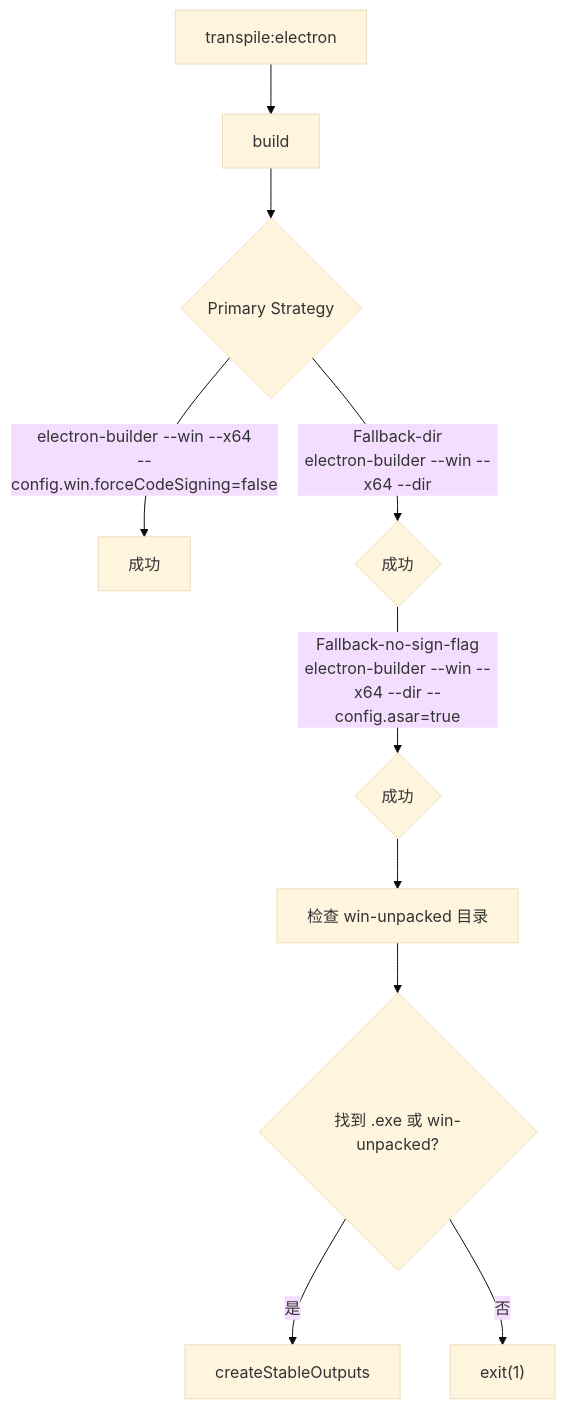
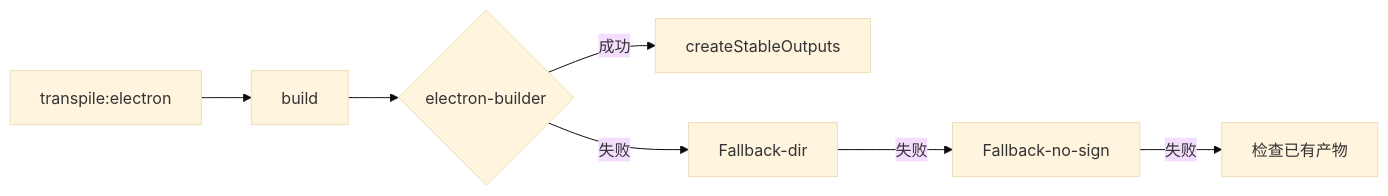
Before and after one commit to lst016/tech-cc-hub: the second of 3 diagrams in .tech/repowiki/zh/content/核心模块规格/工程脚本总览.md, drawn with Mermaid (base theme). The commit also changed other lines of this file and 129 other files, not shown here.

````diff
--- a/.tech/repowiki/zh/content/核心模块规格/工程脚本总览.md
+++ b/.tech/repowiki/zh/content/核心模块规格/工程脚本总览.md
@@ -131,12 +155,9 @@
 ```mermaid
-flowchart TD
+flowchart LR
     A["transpile:electron"] --> B["build"]
-    B --> C{Primary Strategy}
-    C -->|"electron-builder --win --x64<br/>--config.win.forceCodeSigning=false"| D["成功"]
-    C -->|"Fallback-dir<br/>electron-builder --win --x64 --dir"| E{成功}
-    E -->|"Fallback-no-sign-flag<br/>electron-builder --win --x64 --dir --config.asar=true"| F{成功}
-    F --> G["检查 win-unpacked 目录"]
-    G --> H{找到 .exe 或 win-unpacked?}
-    H -->|"是"| I["createStableOutputs"]
-    H -->|"否"| J["exit(1)"]
+    B --> C{"electron-builder"}
+    C -->|成功| D["createStableOutputs"]
+    C -->|失败| E["Fallback-dir"]
+    E -->|失败| F["Fallback-no-sign"]
+    F -->|失败| G["检查已有产物"]
 ```
````
